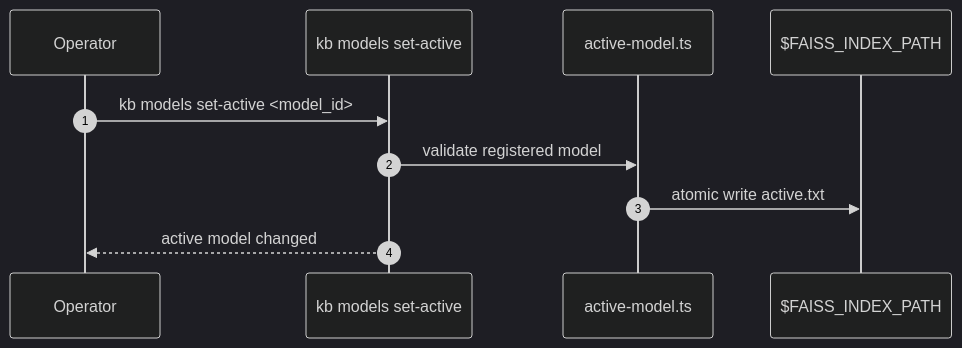
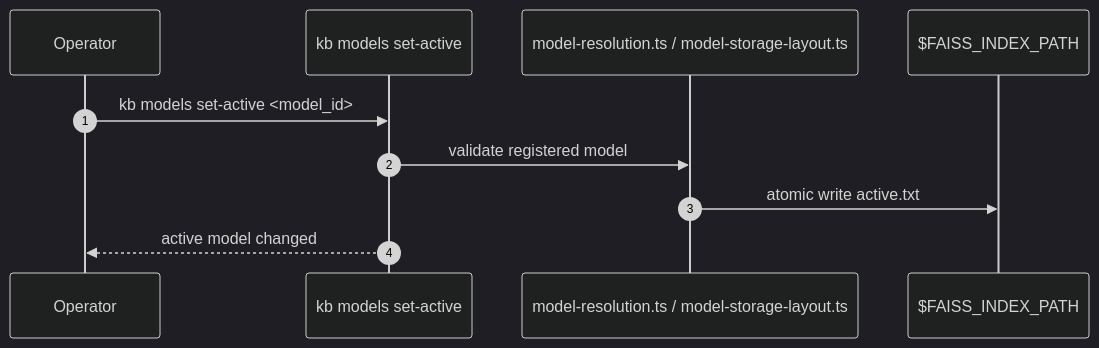
The second of 3 diagrams in docs/architecture/sequence-reindex.md (jeanibarz/knowledge-base-mcp-server), drawn with Mermaid (dark theme) before and after one commit. The commit also changed other lines of this file and 50 other files, not shown here.

First line of the commit message:
refactor(active-model): split into model-resolution and model-storage-layout (#1016)

````diff
--- a/docs/architecture/sequence-reindex.md
+++ b/docs/architecture/sequence-reindex.md
@@ -39,13 +39,13 @@
 ```mermaid
 sequenceDiagram
   autonumber
   participant Op as Operator
   participant Cli as kb models set-active
-  participant Active as active-model.ts
+  participant Active as model-resolution.ts / model-storage-layout.ts
   participant Store as $FAISS_INDEX_PATH
 
   Op->>Cli: kb models set-active <model_id>
   Cli->>Active: validate registered model
   Active->>Store: atomic write active.txt
   Cli-->>Op: active model changed
 ```
````
